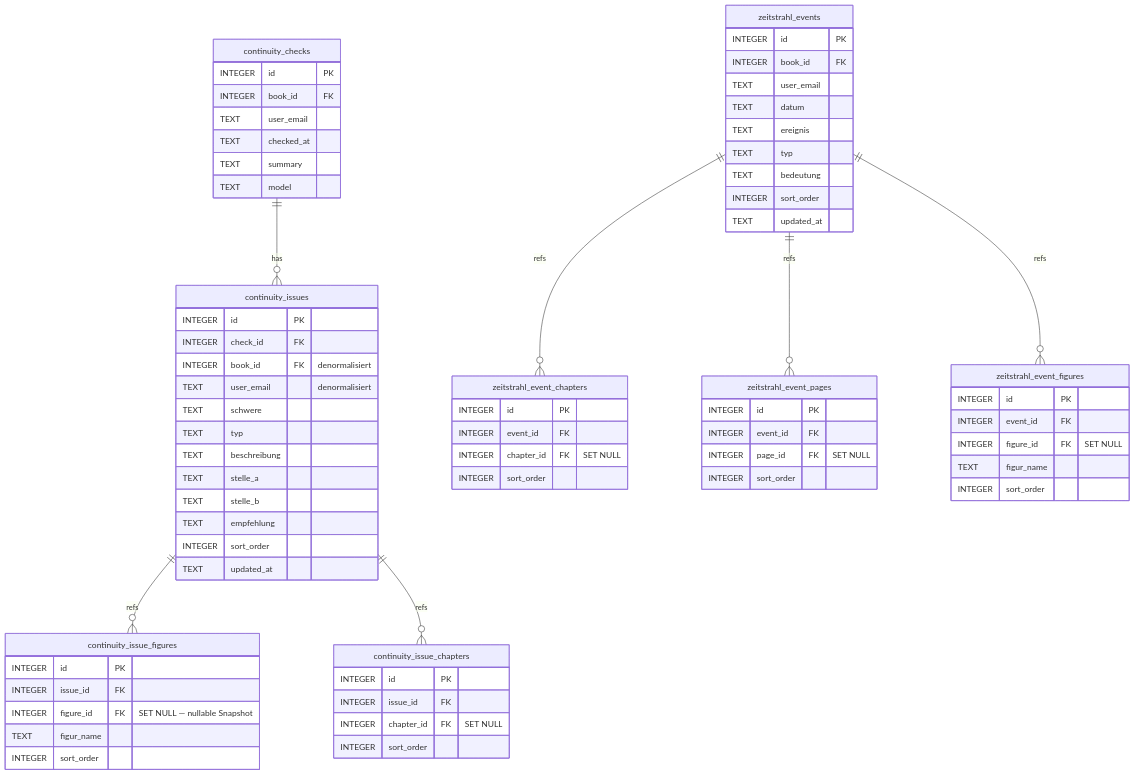
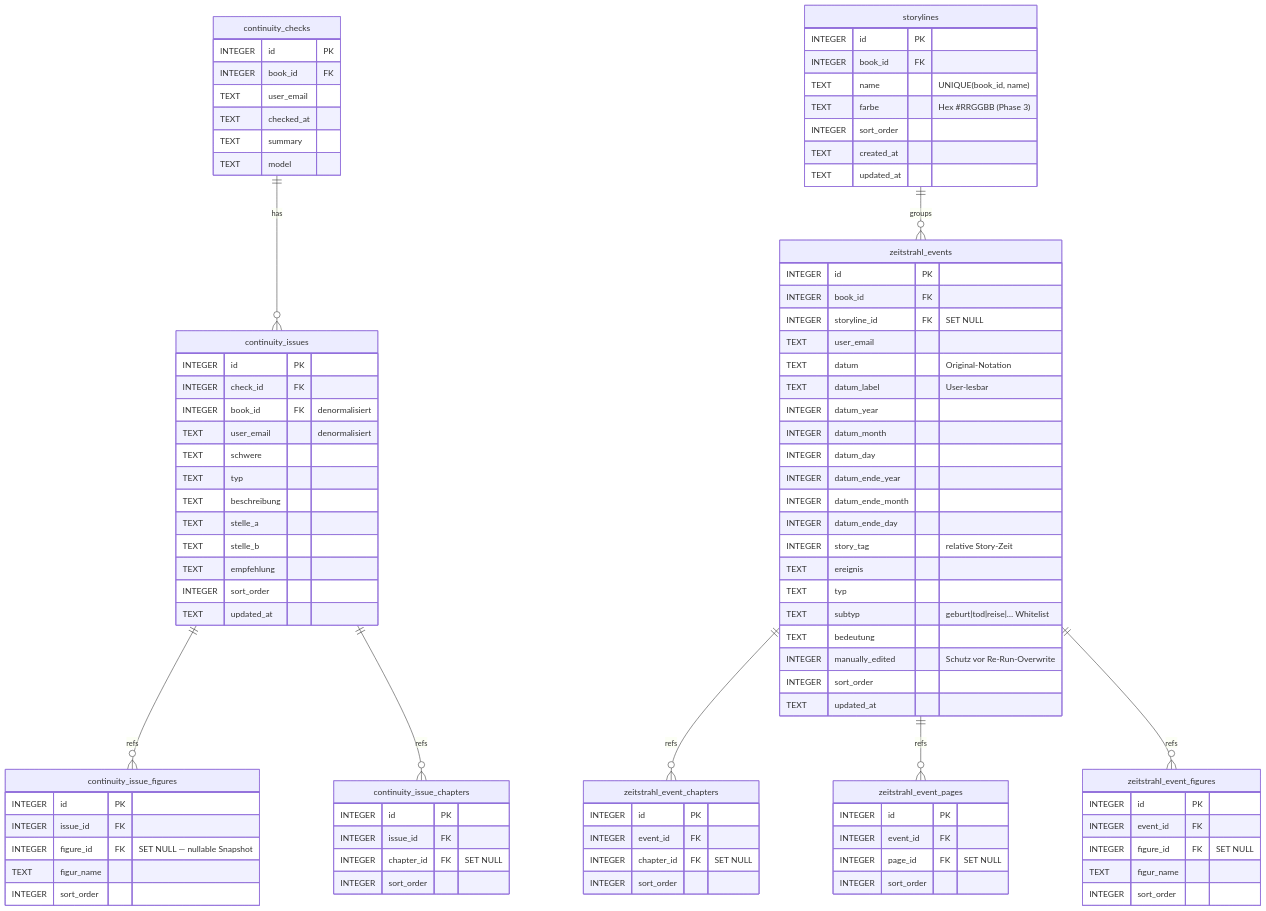
The fifth of 6 diagrams in docs/erd.md (bedeberger/schreibwerkstatt), drawn with Mermaid before and after one commit. The commit also changed other lines of this file and 40 other files, not shown here.

````diff
--- a/docs/erd.md
+++ b/docs/erd.md
@@ -556,14 +571,34 @@
     INTEGER sort_order
   }
 
+  storylines {
+    INTEGER id          PK
+    INTEGER book_id     FK
+    TEXT    name        "UNIQUE(book_id, name)"
+    TEXT    farbe       "Hex #RRGGBB (Phase 3)"
+    INTEGER sort_order
+    TEXT    created_at
+    TEXT    updated_at
+  }
   zeitstrahl_events {
-    INTEGER id         PK
-    INTEGER book_id    FK
+    INTEGER id              PK
+    INTEGER book_id         FK
+    INTEGER storyline_id    FK "SET NULL"
     TEXT    user_email
-    TEXT    datum
+    TEXT    datum           "Original-Notation"
+    TEXT    datum_label     "User-lesbar"
+    INTEGER datum_year
+    INTEGER datum_month
+    INTEGER datum_day
+    INTEGER datum_ende_year
+    INTEGER datum_ende_month
+    INTEGER datum_ende_day
+    INTEGER story_tag       "relative Story-Zeit"
     TEXT    ereignis
     TEXT    typ
+    TEXT    subtyp          "geburt|tod|reise|… Whitelist"
     TEXT    bedeutung
+    INTEGER manually_edited "Schutz vor Re-Run-Overwrite"
     INTEGER sort_order
     TEXT    updated_at
   }
@@ -593,4 +628,5 @@
   zeitstrahl_events ||--o{ zeitstrahl_event_chapters  : refs
   zeitstrahl_events ||--o{ zeitstrahl_event_pages     : refs
   zeitstrahl_events ||--o{ zeitstrahl_event_figures   : refs
+  storylines        ||--o{ zeitstrahl_events          : groups
 ```
````
